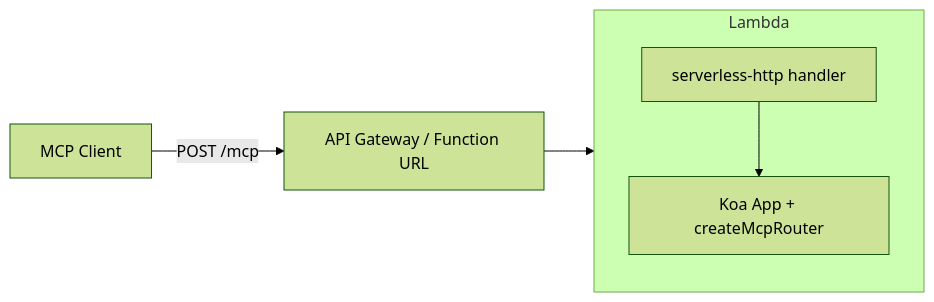
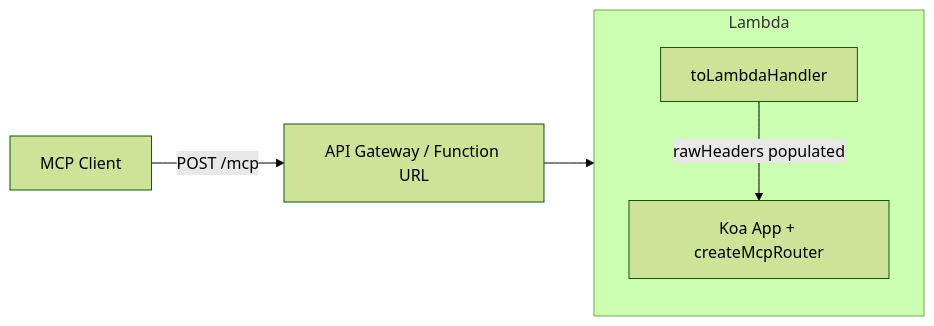
One commit to ttoss/ttoss changed the second of 2 diagrams in packages/http-server-mcp/README.md. Above: the diagram before and after it, drawn with Mermaid (forest theme). The commit also changed other lines of this file and 10 other files, not shown here.

First line of the commit message:
feat(http-server-serverless): add AWS Lambda adapter that populates rawHeaders

````diff
--- a/packages/http-server-mcp/README.md
+++ b/packages/http-server-mcp/README.md
@@ -646,8 +648,8 @@
 ```mermaid
 flowchart LR
     Client[MCP Client] -->|POST /mcp| GW[API Gateway / Function URL]
     GW --> L[Lambda]
     subgraph L[Lambda]
-        H[serverless-http handler] --> App[Koa App + createMcpRouter]
+        H[toLambdaHandler] -->|rawHeaders populated| App[Koa App + createMcpRouter]
     end
 ```
````
